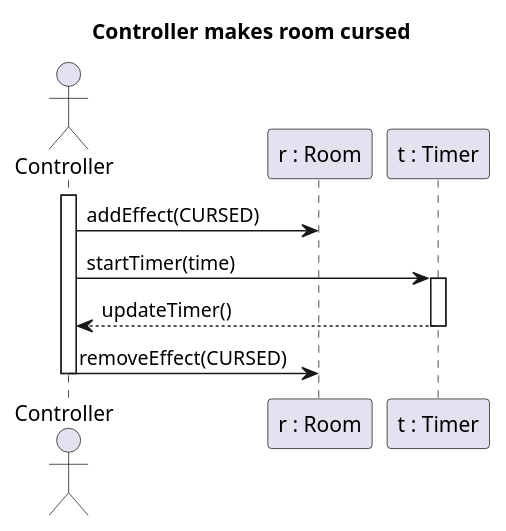
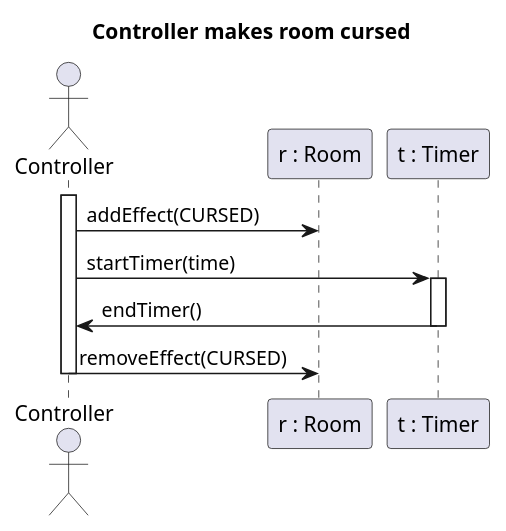
Before and after one commit to MBakter/echo: the diagram in Reko/curse_room.plantuml, drawn with PlantUML. The commit also changed 3 other files, not shown here.

```diff
--- a/Reko/curse_room.plantuml
+++ b/Reko/curse_room.plantuml
@@ -1,17 +1,17 @@
 @startuml Controller makes room cursed
 title Controller makes room cursed
 
 actor Controller as C
 participant "r : Room" as r
 participant "t : Timer" as t
 
 Activate C
 C -> r : addEffect(CURSED)
 C -> t : startTimer(time)
 Activate t
-t --> C : updateTimer()
+t -> C : endTimer()
 Deactivate t
 C -> r : removeEffect(CURSED)
 Deactivate C
 
 @enduml
```
